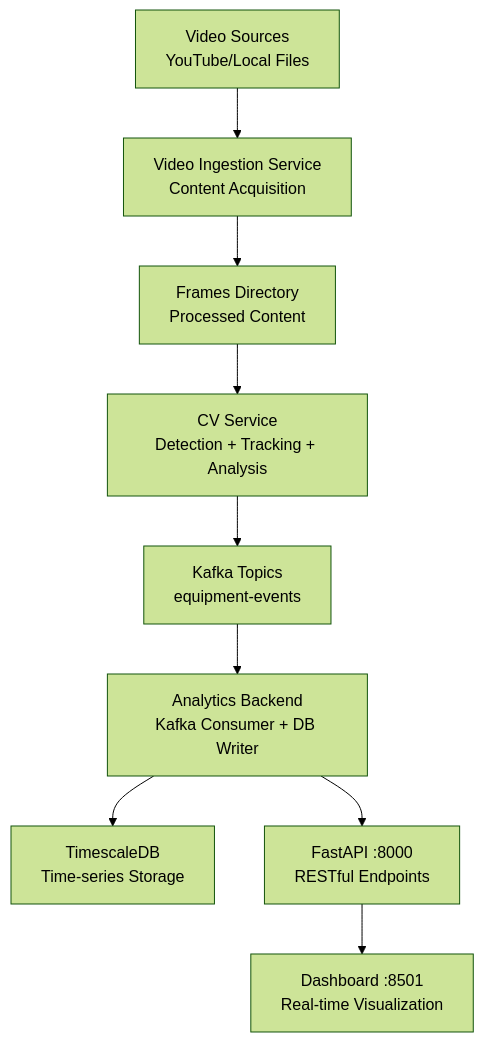
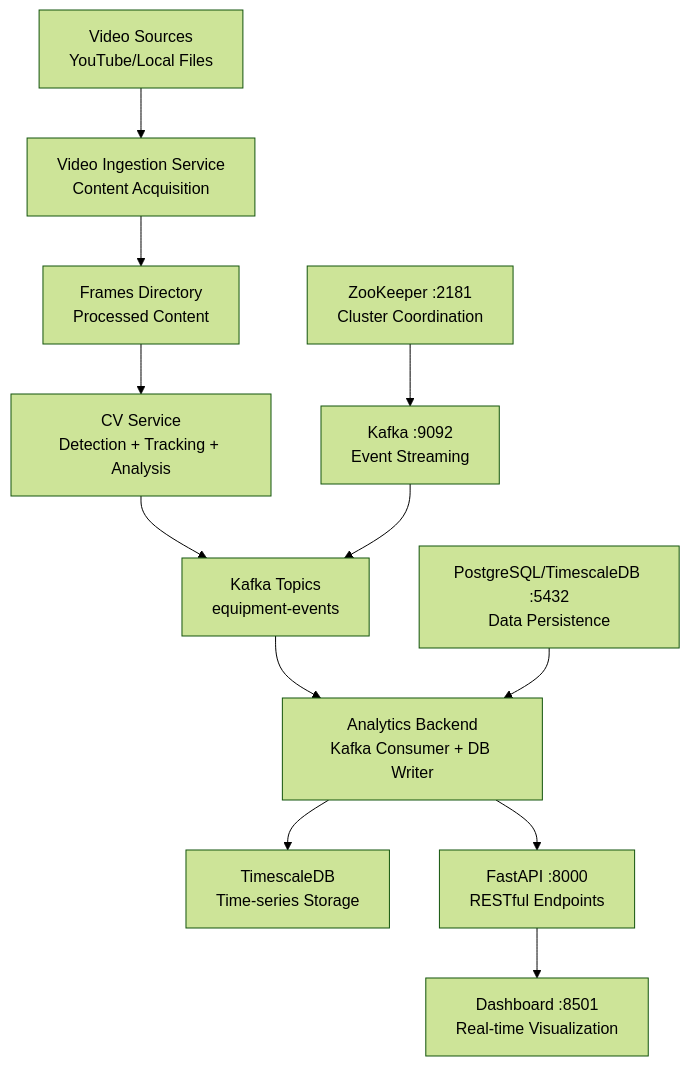
Before and after one commit to Azzoz-189/construction-equipment-monitoring: the second of 3 diagrams in .qoder/repowiki/en/content/Deployment Guide.md, drawn with Mermaid (forest theme). The commit also changed other lines of this file and 5 other files, not shown here.

````diff
--- a/.qoder/repowiki/en/content/Deployment Guide.md
+++ b/.qoder/repowiki/en/content/Deployment Guide.md
@@ -158,11 +161,14 @@
 ```mermaid
 graph TB
 A["Video Sources<br/>YouTube/Local Files"] --> B["Video Ingestion Service<br/>Content Acquisition"]
 B --> C["Frames Directory<br/>Processed Content"]
 C --> D["CV Service<br/>Detection + Tracking + Analysis"]
 D --> E["Kafka Topics<br/>equipment-events"]
 E --> F["Analytics Backend<br/>Kafka Consumer + DB Writer"]
 F --> G["TimescaleDB<br/>Time-series Storage"]
 F --> H["FastAPI :8000<br/>RESTful Endpoints"]
 H --> I["Dashboard :8501<br/>Real-time Visualization"]
+ZK["ZooKeeper :2181<br/>Cluster Coordination"] --> KF["Kafka :9092<br/>Event Streaming"]
+KF --> E
+PG["PostgreSQL/TimescaleDB :5432<br/>Data Persistence"] --> F
 ```
````
